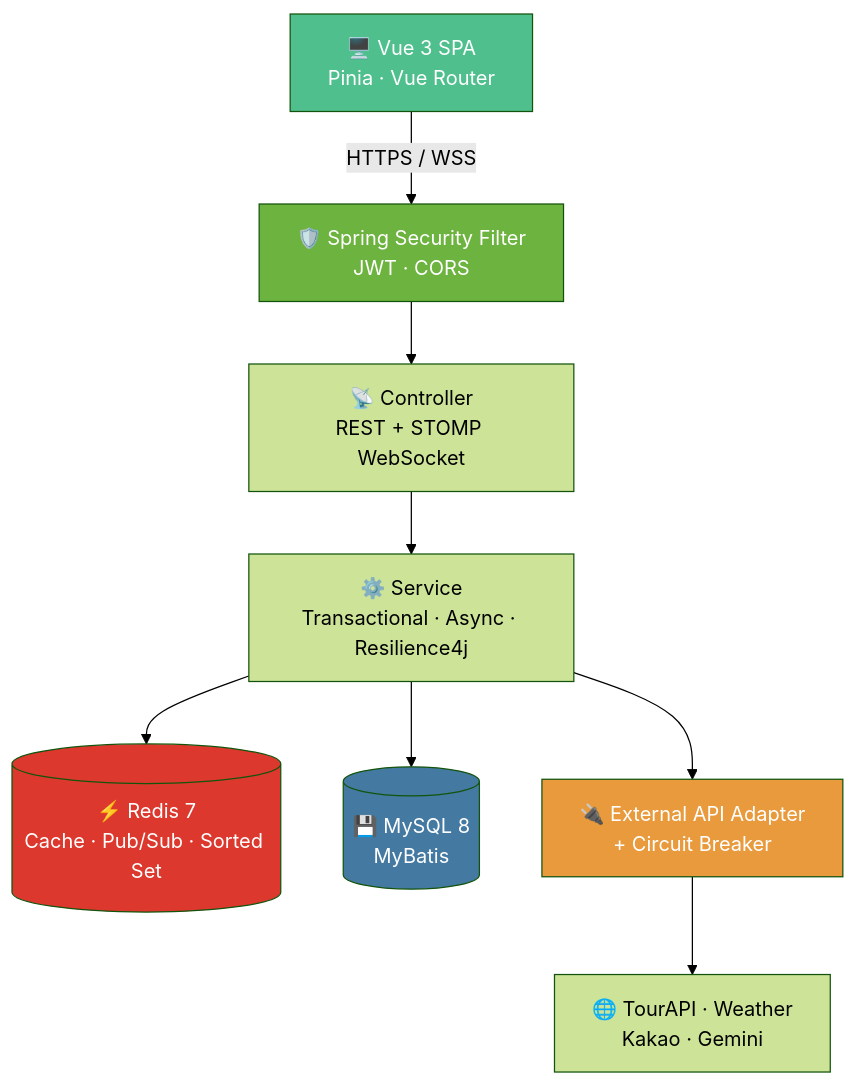
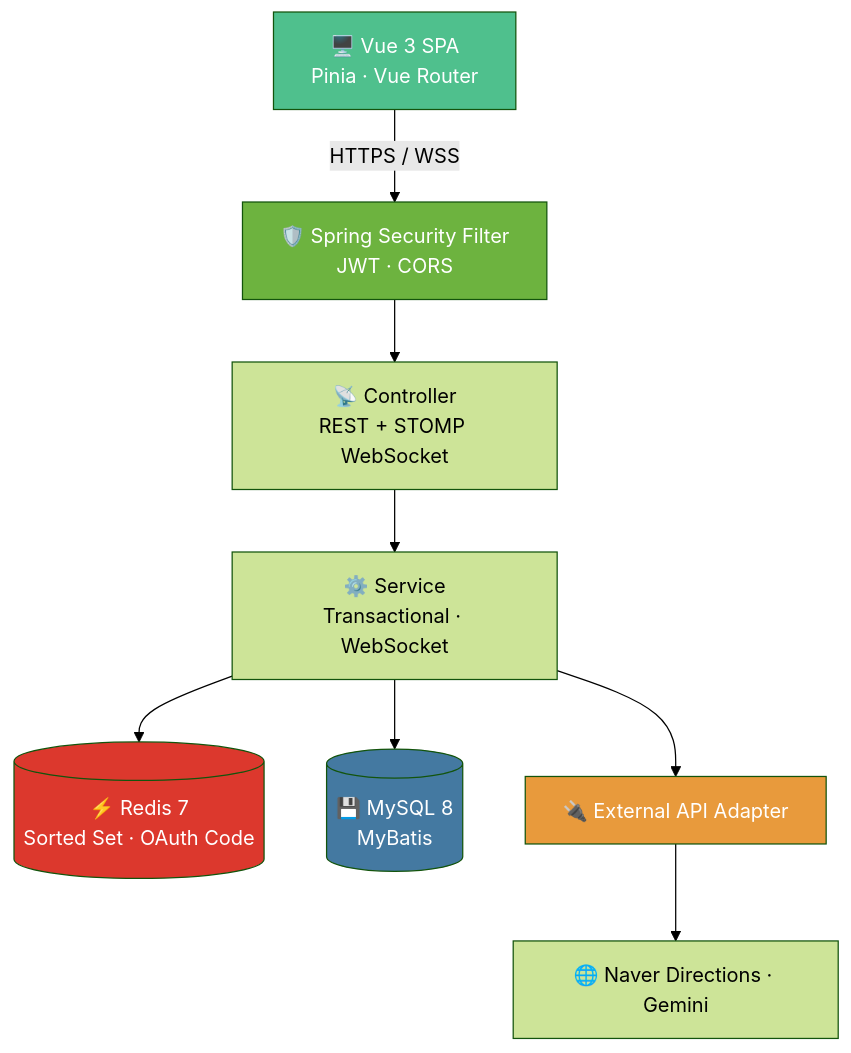
One commit to tripcrew/tripcrew changed the first of 2 diagrams in README.md. Above: the diagram before and after it, drawn with Mermaid (forest theme). The commit also changed other lines of this file, not shown here.

````diff
--- a/README.md
+++ b/README.md
@@ -117,29 +135,29 @@
 ```mermaid
 flowchart TB
     Vue["🖥️ Vue 3 SPA<br/>Pinia · Vue Router"]
 
     Filter["🛡️ Spring Security Filter<br/>JWT · CORS"]
 
     Controller["📡 Controller<br/>REST + STOMP WebSocket"]
-    Service["⚙️ Service<br/>Transactional · Async · Resilience4j"]
+    Service["⚙️ Service<br/>Transactional · WebSocket"]
 
-    Redis[("⚡ Redis 7<br/>Cache · Pub/Sub · Sorted Set")]
+    Redis[("⚡ Redis 7<br/>Sorted Set · OAuth Code")]
     MySQL[("💾 MySQL 8<br/>MyBatis")]
-    Adapter["🔌 External API Adapter<br/>+ Circuit Breaker"]
+    Adapter["🔌 External API Adapter"]
 
-    Ext["🌐 TourAPI · Weather<br/>Kakao · Gemini"]
+    Ext["🌐 Naver Directions · Gemini"]
 
     Vue -->|HTTPS / WSS| Filter
     Filter --> Controller
     Controller --> Service
     Service --> Redis
     Service --> MySQL
     Service --> Adapter
     Adapter --> Ext
 
     style Vue fill:#4FC08D,color:#fff
     style Redis fill:#DC382D,color:#fff
     style MySQL fill:#4479A1,color:#fff
     style Adapter fill:#E89A3C,color:#fff
     style Filter fill:#6DB33F,color:#fff
 ```
````
